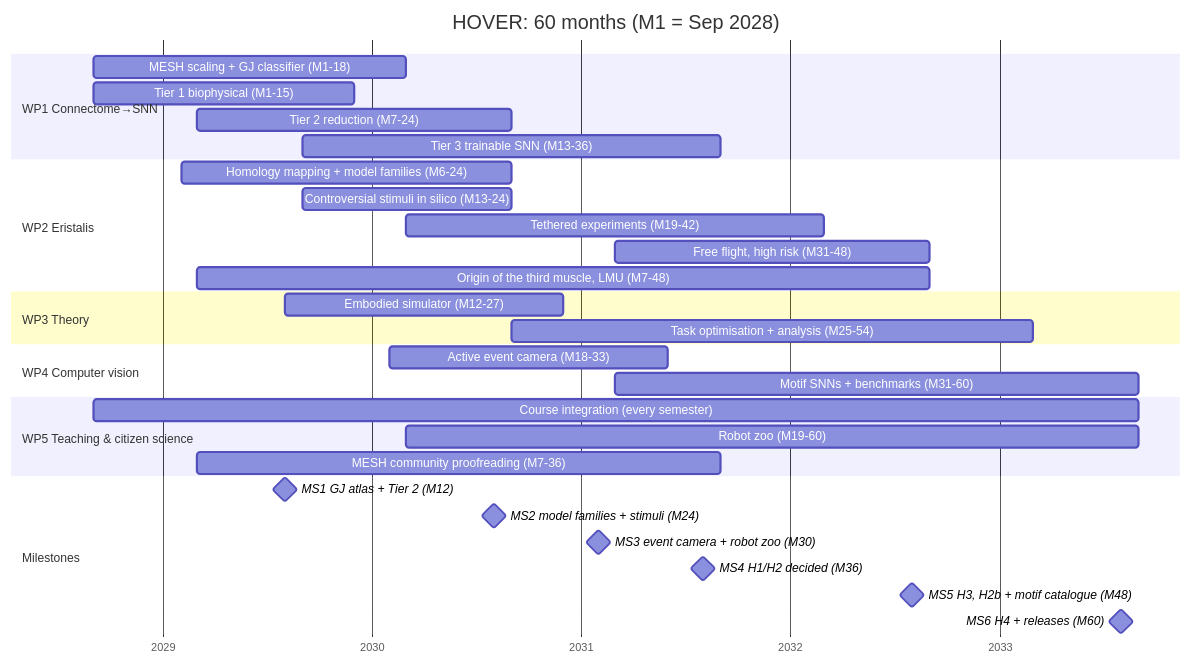
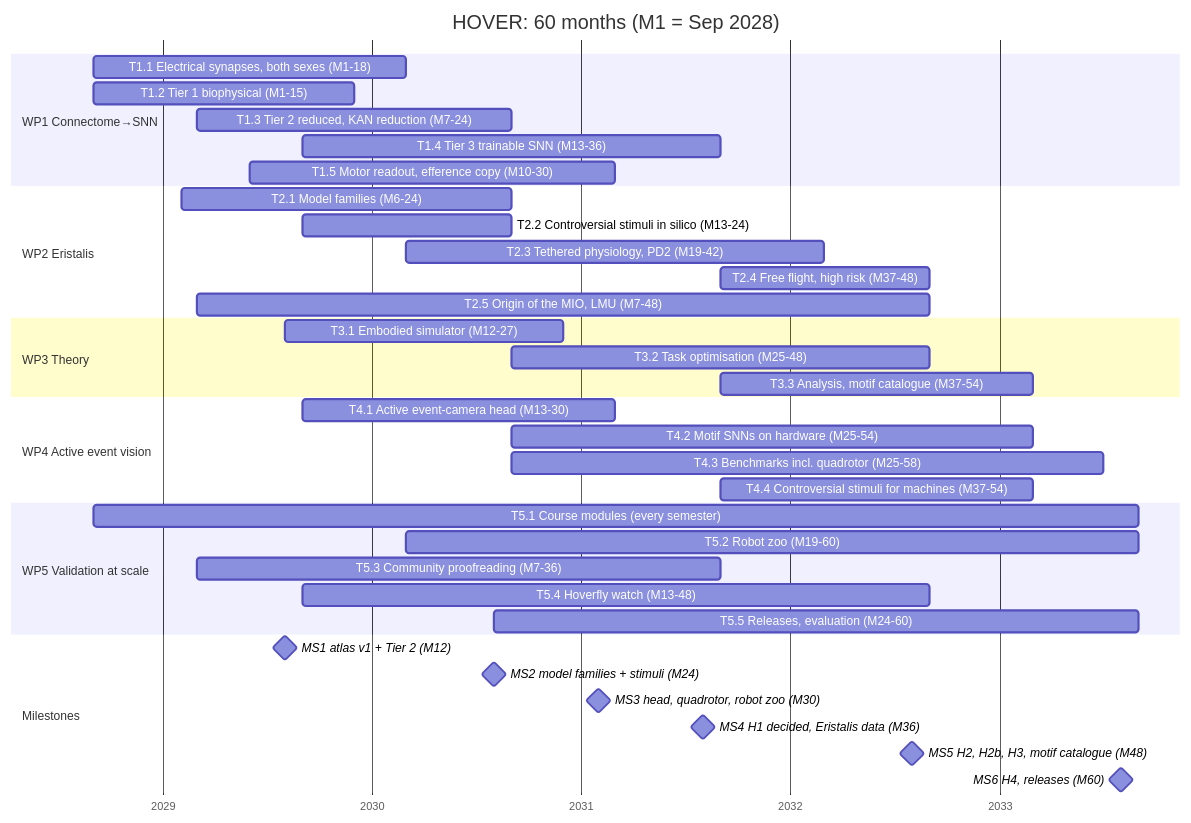
Before and after one commit to ETigerschuss/erc-cog-hover: the diagram in proposal/gantt.md, drawn with Mermaid. The commit also changed other lines of this file and 34 other files, not shown here.

````diff
--- a/proposal/gantt.md
+++ b/proposal/gantt.md
@@ -6,34 +11,40 @@
 ```mermaid
 gantt
     dateFormat  YYYY-MM
     axisFormat  %Y
     title HOVER: 60 months (M1 = Sep 2028)
     section WP1 Connectome→SNN
-    MESH scaling + GJ classifier (M1-18)      :w11, 2028-09, 18M
-    Tier 1 biophysical (M1-15)                :w12, 2028-09, 15M
-    Tier 2 reduction (M7-24)                  :w13, 2029-03, 18M
-    Tier 3 trainable SNN (M13-36)             :w14, 2029-09, 24M
+    T1.1 Electrical synapses, both sexes (M1-18)   :w11, 2028-09, 18M
+    T1.2 Tier 1 biophysical (M1-15)                :w12, 2028-09, 15M
+    T1.3 Tier 2 reduced, KAN reduction (M7-24)     :w13, 2029-03, 18M
+    T1.4 Tier 3 trainable SNN (M13-36)             :w14, 2029-09, 24M
+    T1.5 Motor readout, efference copy (M10-30)    :w15, 2029-06, 21M
     section WP2 Eristalis
-    Homology mapping + model families (M6-24) :w21, 2029-02, 19M
-    Controversial stimuli in silico (M13-24)  :w22, 2029-09, 12M
-    Tethered experiments (M19-42)             :w23, 2030-03, 24M
-    Free flight, high risk (M31-48)           :w24, 2031-03, 18M
-    Origin of the third muscle, LMU (M7-48)   :w25, 2029-03, 42M
+    T2.1 Model families (M6-24)                    :w21, 2029-02, 19M
+    T2.2 Controversial stimuli in silico (M13-24)  :w22, 2029-09, 12M
+    T2.3 Tethered physiology, PD2 (M19-42)         :w23, 2030-03, 24M
+    T2.4 Free flight, high risk (M37-48)           :w24, 2031-09, 12M
+    T2.5 Origin of the MIO, LMU (M7-48)            :w25, 2029-03, 42M
     section WP3 Theory
-    Embodied simulator (M12-27)               :w31, 2029-08, 16M
-    Task optimisation + analysis (M25-54)     :w32, 2030-09, 30M
-    section WP4 Computer vision
-    Active event camera (M18-33)              :w41, 2030-02, 16M
-    Motif SNNs + benchmarks (M31-60)          :w42, 2031-03, 30M
-    section WP5 Teaching & citizen science
-    Course integration (every semester)       :w51, 2028-09, 60M
-    Robot zoo (M19-60)                        :w52, 2030-03, 42M
-    MESH community proofreading (M7-36)       :w53, 2029-03, 30M
+    T3.1 Embodied simulator (M12-27)               :w31, 2029-08, 16M
+    T3.2 Task optimisation (M25-48)                :w32, 2030-09, 24M
+    T3.3 Analysis, motif catalogue (M37-54)        :w33, 2031-09, 18M
+    section WP4 Active event vision
+    T4.1 Active event-camera head (M13-30)         :w41, 2029-09, 18M
+    T4.2 Motif SNNs on hardware (M25-54)           :w42, 2030-09, 30M
+    T4.3 Benchmarks incl. quadrotor (M25-58)       :w43, 2030-09, 34M
+    T4.4 Controversial stimuli for machines (M37-54) :w44, 2031-09, 18M
+    section WP5 Validation at scale
+    T5.1 Course modules (every semester)           :w51, 2028-09, 60M
+    T5.2 Robot zoo (M19-60)                        :w52, 2030-03, 42M
+    T5.3 Community proofreading (M7-36)            :w53, 2029-03, 30M
+    T5.4 Hoverfly watch (M13-48)                   :w54, 2029-09, 36M
+    T5.5 Releases, evaluation (M24-60)             :w55, 2030-08, 37M
     section Milestones
-    MS1 GJ atlas + Tier 2 (M12)               :milestone, 2029-08, 0d
-    MS2 model families + stimuli (M24)        :milestone, 2030-08, 0d
-    MS3 event camera + robot zoo (M30)        :milestone, 2031-02, 0d
-    MS4 H1/H2 decided (M36)                   :milestone, 2031-08, 0d
-    MS5 H3, H2b + motif catalogue (M48)       :milestone, 2032-08, 0d
-    MS6 H4 + releases (M60)                   :milestone, 2033-08, 0d
+    MS1 atlas v1 + Tier 2 (M12)                    :milestone, 2029-08, 0d
+    MS2 model families + stimuli (M24)             :milestone, 2030-08, 0d
+    MS3 head, quadrotor, robot zoo (M30)           :milestone, 2031-02, 0d
+    MS4 H1 decided, Eristalis data (M36)           :milestone, 2031-08, 0d
+    MS5 H2, H2b, H3, motif catalogue (M48)         :milestone, 2032-08, 0d
+    MS6 H4, releases (M60)                         :milestone, 2033-08, 0d
 ```
````
